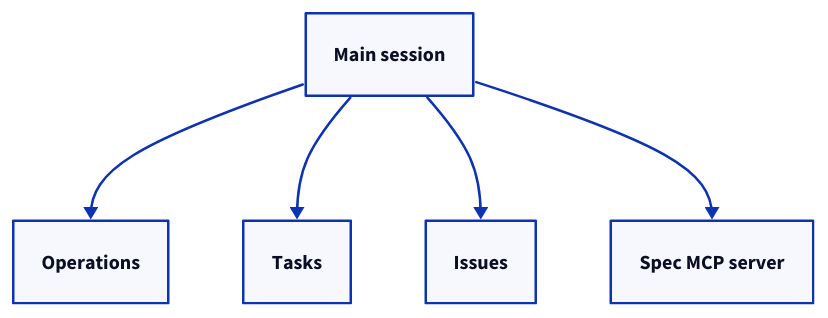
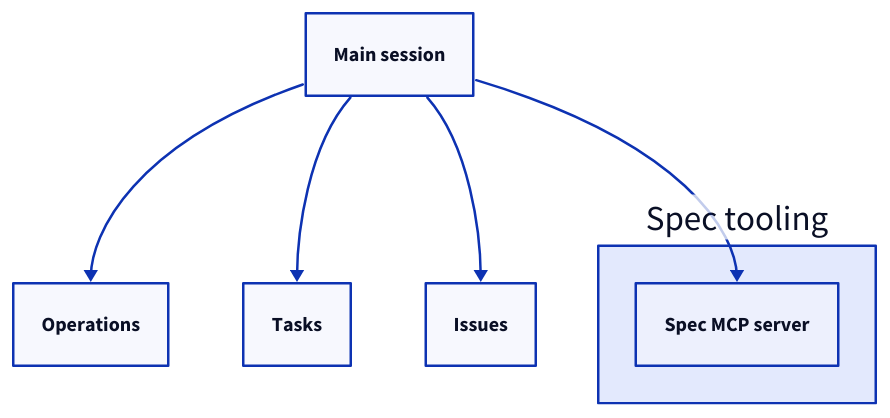
One commit to FTOD/concorde changed the third of 3 diagrams in specs/concorde/main-session/module.md. Above: the diagram before and after it, drawn with D2. The commit also changed other lines of this file and 21 other files, not shown here.

First line of the commit message:
Rewrite every Module entry with diagrams and an implementation overview

````diff
--- a/specs/concorde/main-session/module.md
+++ b/specs/concorde/main-session/module.md
@@ -138,11 +134,13 @@
 ```d2
 mainsession: Main session
 operations: Operations
 tasks: Tasks
 issues: Issues
-specmcp: Spec MCP server
+tooling: Spec tooling {
+  mcp: Spec MCP server
+}
 mainsession -> operations
 mainsession -> tasks
 mainsession -> issues
-mainsession -> specmcp
+mainsession -> tooling.mcp
 ```
````
